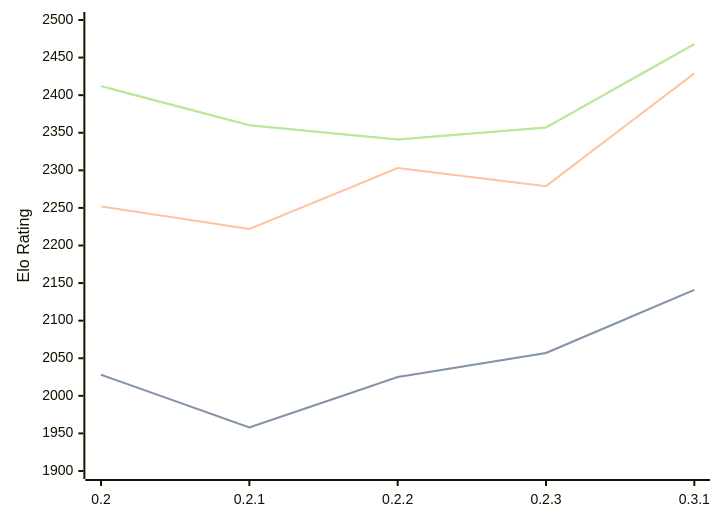
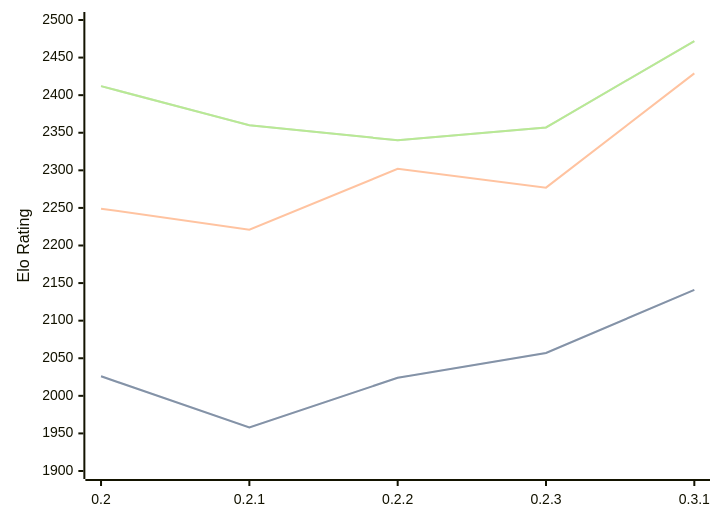
Before and after one commit to computer-chess-index/cci: the diagram in engines/Lolbot.md, drawn with Mermaid. The commit also changed other lines of this file, not shown here.

Commit message:
Update CCI Ratings (ELO VLTC) - 2026-04-24

````diff
--- a/engines/Lolbot.md
+++ b/engines/Lolbot.md
@@ -36,11 +36,11 @@
 ```mermaid
 %%{init: {"theme":"base","themeVariables":{"seriesColors:['#a3a3a3','#222221','#faa371']}}}%%
 xychart-beta
   x-axis ["0.2", "0.2.1", "0.2.2", "0.2.3", "0.3.1"]
   y-axis "Elo Rating" 1900 --> 2500
-  line "STC (8.0+0.08s)" [2028, 1958, 2025, 2057, 2141]
-  line "STC (8.0+0.08s)" [2028, 1958, 2025, 2057, 2141]
-  line "LTC (60.0+0.60s)" [2252, 2222, 2303, 2279, 2429]
-  line "VLTC (2m24s+1.12s)" [2412, 2360, 2341, 2357, 2468]
-  line "VLTC (2m24s+1.12s)" [2412, 2360, 2341, 2357, 2468]
+  line "STC (8.0+0.08s)" [2026, 1958, 2024, 2057, 2141]
+  line "STC (8.0+0.08s)" [2026, 1958, 2024, 2057, 2141]
+  line "LTC (60.0+0.60s)" [2249, 2221, 2302, 2277, 2429]
+  line "VLTC (2m24s+1.12s)" [2412, 2360, 2340, 2357, 2472]
+  line "VLTC (2m24s+1.12s)" [2412, 2360, 2340, 2357, 2472]
 ```
````
